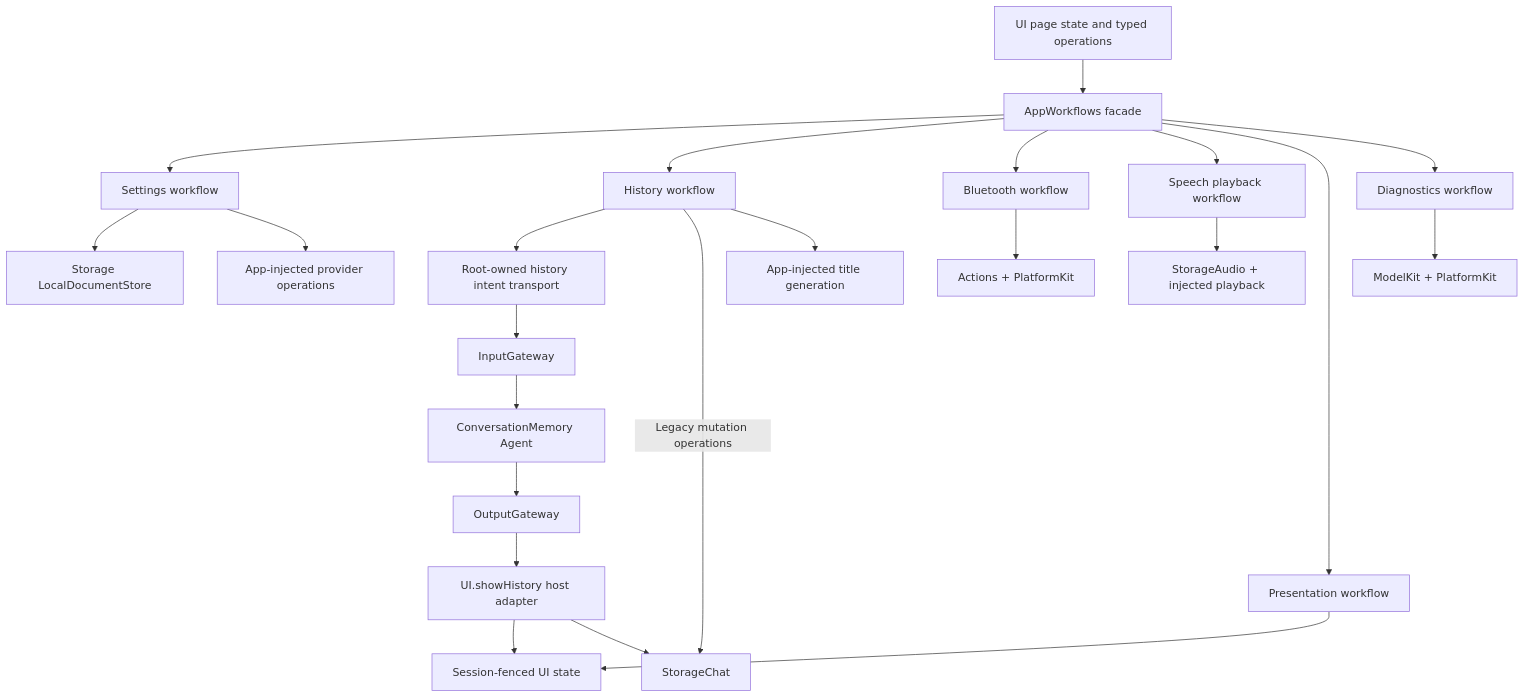
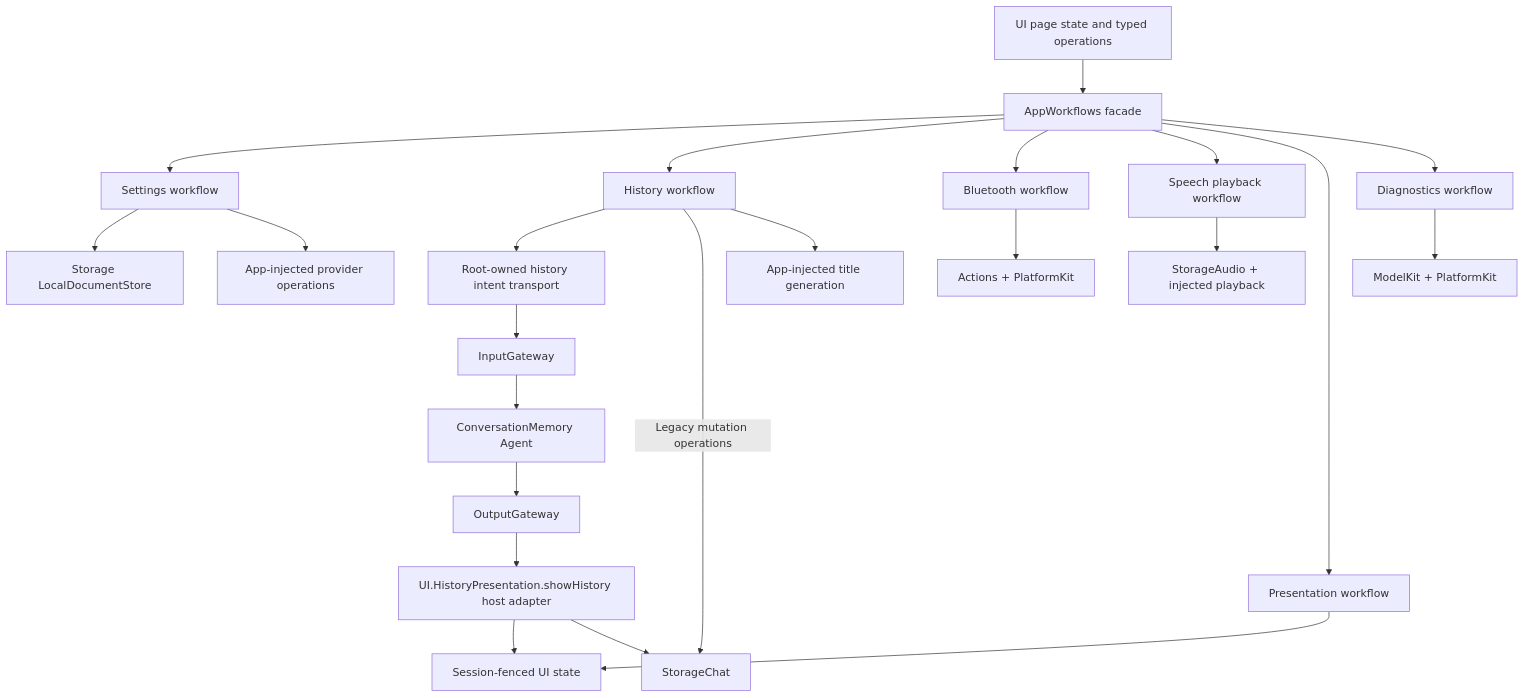
One commit to devilyouwei/MobileHarness changed diagram 13 of 15 in MobileHarness/README.md. Above: the diagram before and after it, drawn with Mermaid. The commit also changed other lines of this file and 238 other files, not shown here.

````diff
--- a/MobileHarness/README.md
+++ b/MobileHarness/README.md
@@ -669,25 +657,25 @@
 ```mermaid
 flowchart TB
     UI[UI page state and typed operations] --> Facade[AppWorkflows facade]
     Facade --> Settings[Settings workflow]
     Facade --> History[History workflow]
     Facade --> Bluetooth[Bluetooth workflow]
     Facade --> Speech[Speech playback workflow]
     Facade --> Presentation[Presentation workflow]
     Facade --> Diagnostics[Diagnostics workflow]
     Settings --> Documents[Storage LocalDocumentStore]
     Settings --> Provider[App-injected provider operations]
     History --> Intent[Root-owned history intent transport]
     Intent --> Input[InputGateway]
     Input --> Memory[ConversationMemory Agent]
     Memory --> Output[OutputGateway]
-    Output --> Present[UI.showHistory host adapter]
+    Output --> Present[UI.HistoryPresentation.showHistory host adapter]
     Present --> State
     Present --> Journal[StorageChat]
     History -->|Legacy mutation operations| Journal
     History --> Title[App-injected title generation]
     Bluetooth --> Device[Actions + PlatformKit]
     Speech --> Audio[StorageAudio + injected playback]
     Presentation --> State[Session-fenced UI state]
     Diagnostics --> Capabilities[ModelKit + PlatformKit]
 ```
````
